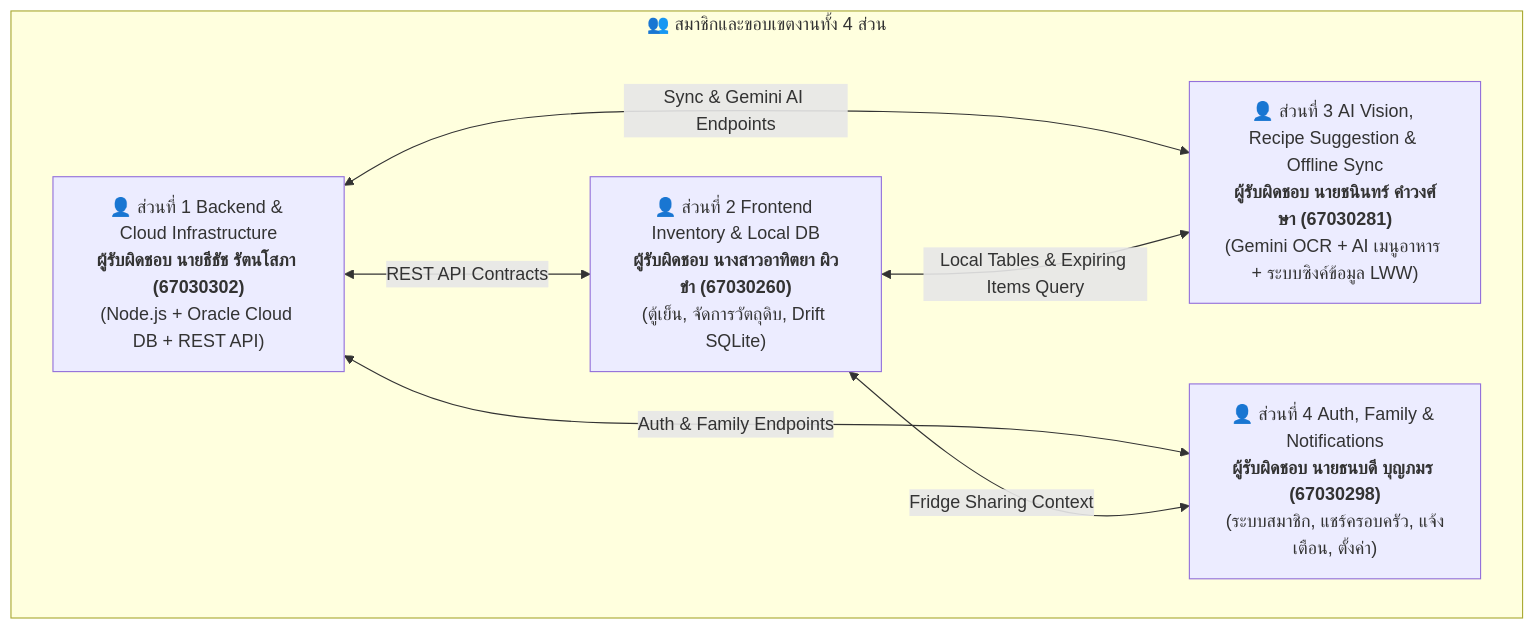
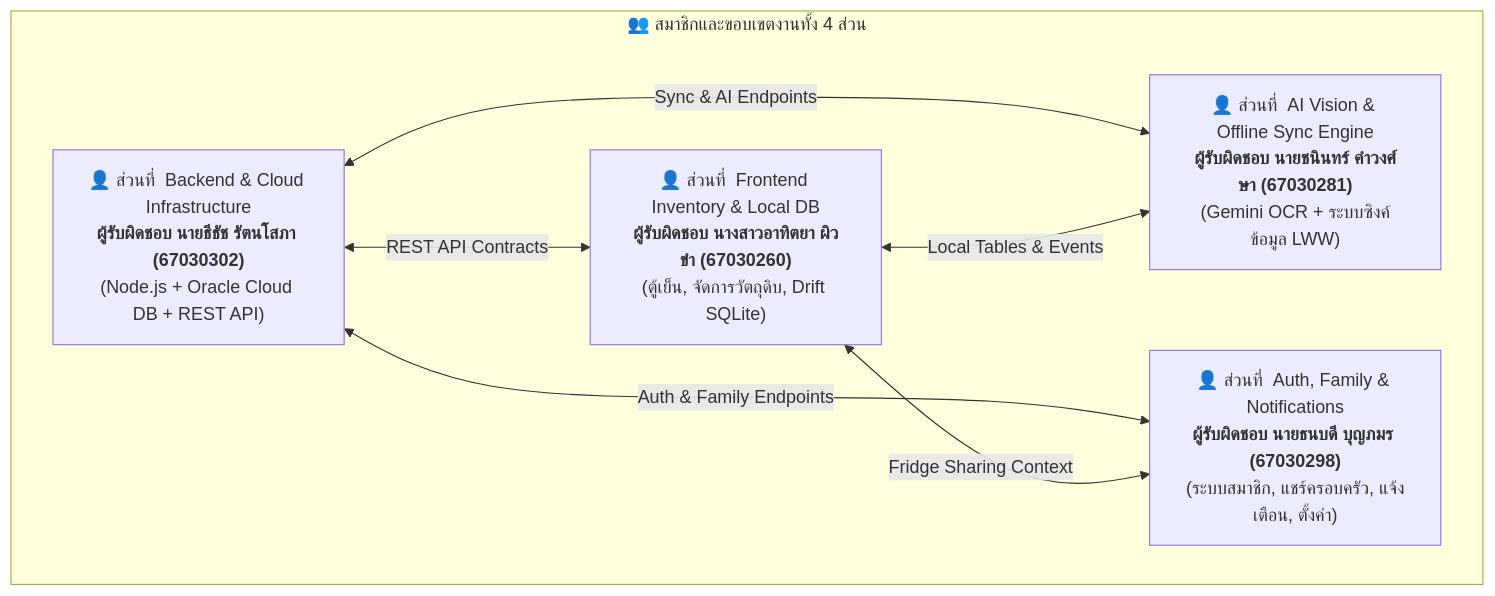
One commit to Tanabordi/FM-EAA changed the diagram in docs/TASKS.md. Above: the diagram before and after it, drawn with Mermaid. The commit also changed other lines of this file and 169 other files, not shown here.

````diff
--- a/docs/TASKS.md
+++ b/docs/TASKS.md
@@ -9,15 +9,15 @@
 ```mermaid
 flowchart TD
     subgraph Team ["👥 สมาชิกและขอบเขตงานทั้ง 4 ส่วน"]
-        M1["👤 ส่วนที่ 1 Backend & Cloud Infrastructure<br/><b>ผู้รับผิดชอบ นายธีธัช รัตนโสภา (67030302)</b><br/>(Node.js + Oracle Cloud DB + REST API)"]
-        M2["👤 ส่วนที่ 2 Frontend Inventory & Local DB<br/><b>ผู้รับผิดชอบ นางสาวอาทิตยา ผิวขำ (67030260)</b><br/>(ตู้เย็น, จัดการวัตถุดิบ, Drift SQLite)"]
-        M3["👤 ส่วนที่ 3 AI Vision, Recipe Suggestion & Offline Sync<br/><b>ผู้รับผิดชอบ นายชนินทร์ คำวงศ์ษา (67030281)</b><br/>(Gemini OCR + AI เมนูอาหาร + ระบบซิงค์ข้อมูล LWW)"]
-        M4["👤 ส่วนที่ 4 Auth, Family & Notifications<br/><b>ผู้รับผิดชอบ นายธนบดี บุญภมร (67030298)</b><br/>(ระบบสมาชิก, แชร์ครอบครัว, แจ้งเตือน, ตั้งค่า)"]
+        M1["👤 ส่วนที่  Backend & Cloud Infrastructure<br/><b>ผู้รับผิดชอบ นายธีธัช รัตนโสภา (67030302)</b><br/>(Node.js + Oracle Cloud DB + REST API)"]
+        M2["👤 ส่วนที่  Frontend Inventory & Local DB<br/><b>ผู้รับผิดชอบ นางสาวอาทิตยา ผิวขำ (67030260)</b><br/>(ตู้เย็น, จัดการวัตถุดิบ, Drift SQLite)"]
+        M3["👤 ส่วนที่  AI Vision & Offline Sync Engine<br/><b>ผู้รับผิดชอบ นายชนินทร์ คำวงศ์ษา (67030281)</b><br/>(Gemini OCR + ระบบซิงค์ข้อมูล LWW)"]
+        M4["👤 ส่วนที่  Auth, Family & Notifications<br/><b>ผู้รับผิดชอบ นายธนบดี บุญภมร (67030298)</b><br/>(ระบบสมาชิก, แชร์ครอบครัว, แจ้งเตือน, ตั้งค่า)"]
     end
 
     M1 <-->|"REST API Contracts"| M2
-    M1 <-->|"Sync & Gemini AI Endpoints"| M3
+    M1 <-->|"Sync & AI Endpoints"| M3
     M1 <-->|"Auth & Family Endpoints"| M4
-    M2 <-->|"Local Tables & Expiring Items Query"| M3
+    M2 <-->|"Local Tables & Events"| M3
     M2 <-->|"Fridge Sharing Context"| M4
 ```
````
